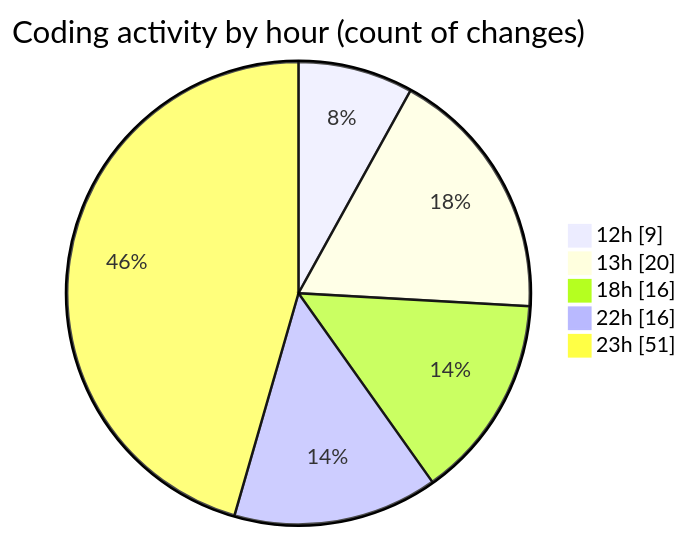
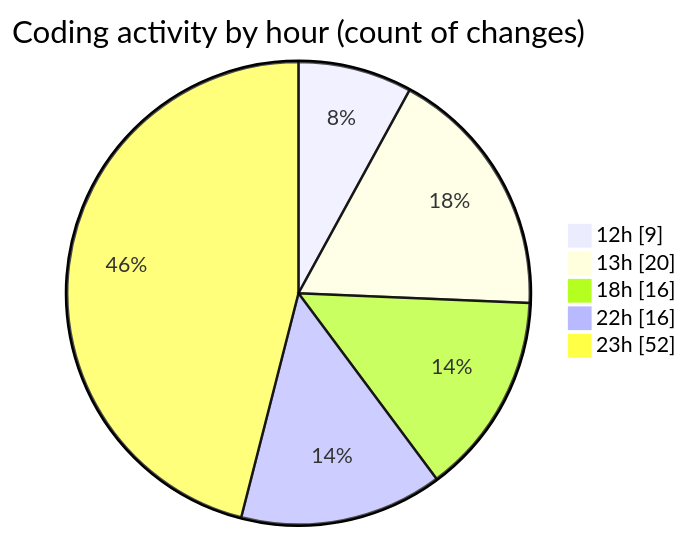
The second of 2 diagrams in 2026-10-25/taskforge/README.md (hasnaa123/code-tracking), drawn with Mermaid before and after one commit. The commit also changed other lines of this file and 1 other file, not shown here.

````diff
--- a/2026-10-25/taskforge/README.md
+++ b/2026-10-25/taskforge/README.md
@@ -33,9 +33,9 @@
 ```mermaid
 pie showData
 title Coding activity by hour (count of changes)
 "12h" : 9
 "13h" : 20
 "18h" : 16
 "22h" : 16
-"23h" : 51
+"23h" : 52
 ```
````
